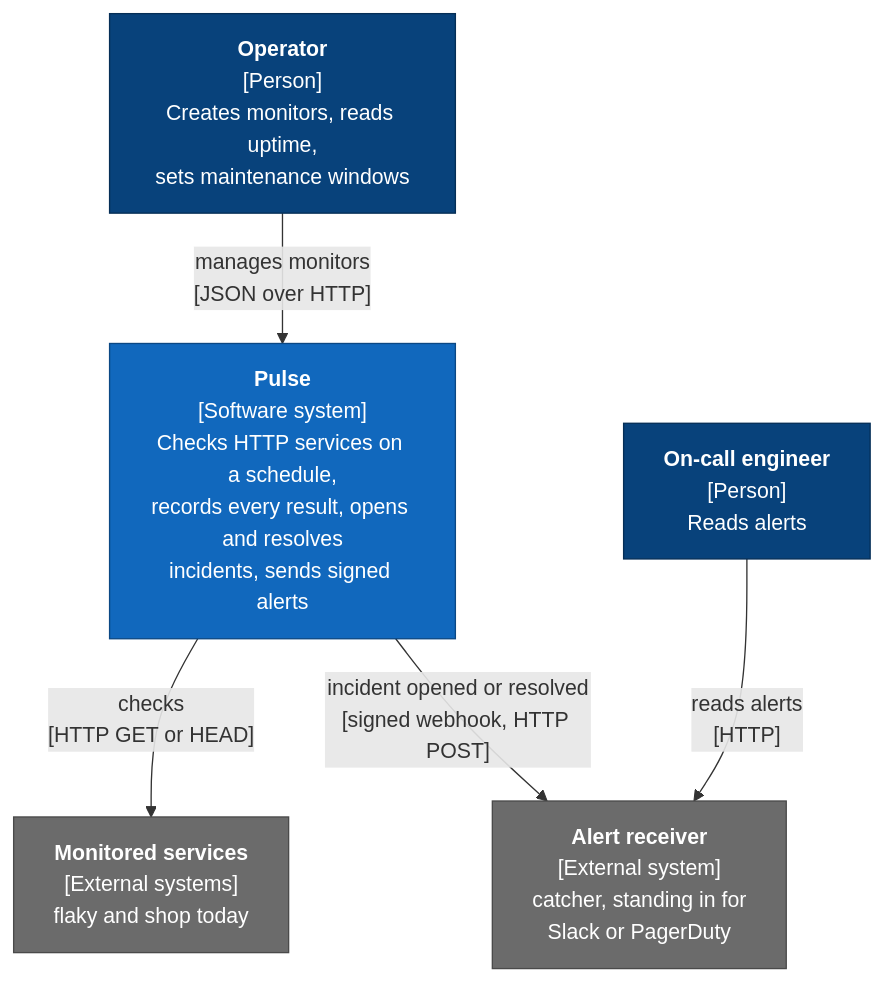
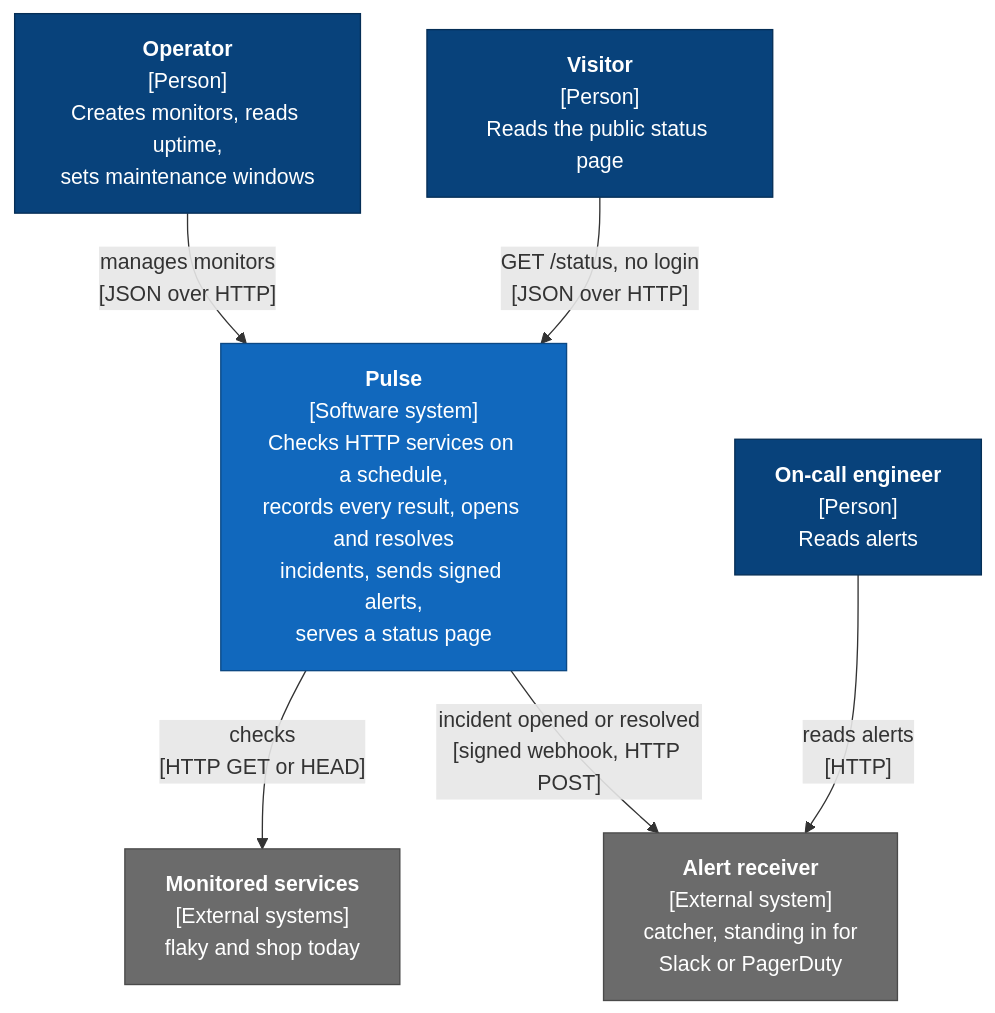
Before and after one commit to wbaghdadi20/pulse: the first of 11 diagrams in ARCHITECTURE.md, drawn with Mermaid. The commit also changed other lines of this file and 1 other file, not shown here.

First line of the commit message:
docs: write up D7 in the README and bring the architecture up to date

````diff
--- a/ARCHITECTURE.md
+++ b/ARCHITECTURE.md
@@ -18,20 +18,22 @@
 ```mermaid
 flowchart TB
     operator["<b>Operator</b><br/>[Person]<br/>Creates monitors, reads uptime,<br/>sets maintenance windows"]
     oncall["<b>On-call engineer</b><br/>[Person]<br/>Reads alerts"]
-    pulse["<b>Pulse</b><br/>[Software system]<br/>Checks HTTP services on a schedule,<br/>records every result, opens and resolves<br/>incidents, sends signed alerts"]
+    visitor["<b>Visitor</b><br/>[Person]<br/>Reads the public status page"]
+    pulse["<b>Pulse</b><br/>[Software system]<br/>Checks HTTP services on a schedule,<br/>records every result, opens and resolves<br/>incidents, sends signed alerts,<br/>serves a status page"]
     targets["<b>Monitored services</b><br/>[External systems]<br/>flaky and shop today"]
     receiver["<b>Alert receiver</b><br/>[External system]<br/>catcher, standing in for<br/>Slack or PagerDuty"]
 
     operator -- "manages monitors<br/>[JSON over HTTP]" --> pulse
+    visitor -- "GET /status, no login<br/>[JSON over HTTP]" --> pulse
     pulse -- "checks<br/>[HTTP GET or HEAD]" --> targets
     pulse -- "incident opened or resolved<br/>[signed webhook, HTTP POST]" --> receiver
     oncall -- "reads alerts<br/>[HTTP]" --> receiver
 
     classDef person fill:#08427b,stroke:#052e56,color:#ffffff
     classDef system fill:#1168bd,stroke:#0b4884,color:#ffffff
     classDef external fill:#6b6b6b,stroke:#4a4a4a,color:#ffffff
-    class operator,oncall person
+    class operator,oncall,visitor person
     class pulse system
     class targets,receiver external
 ```
````
